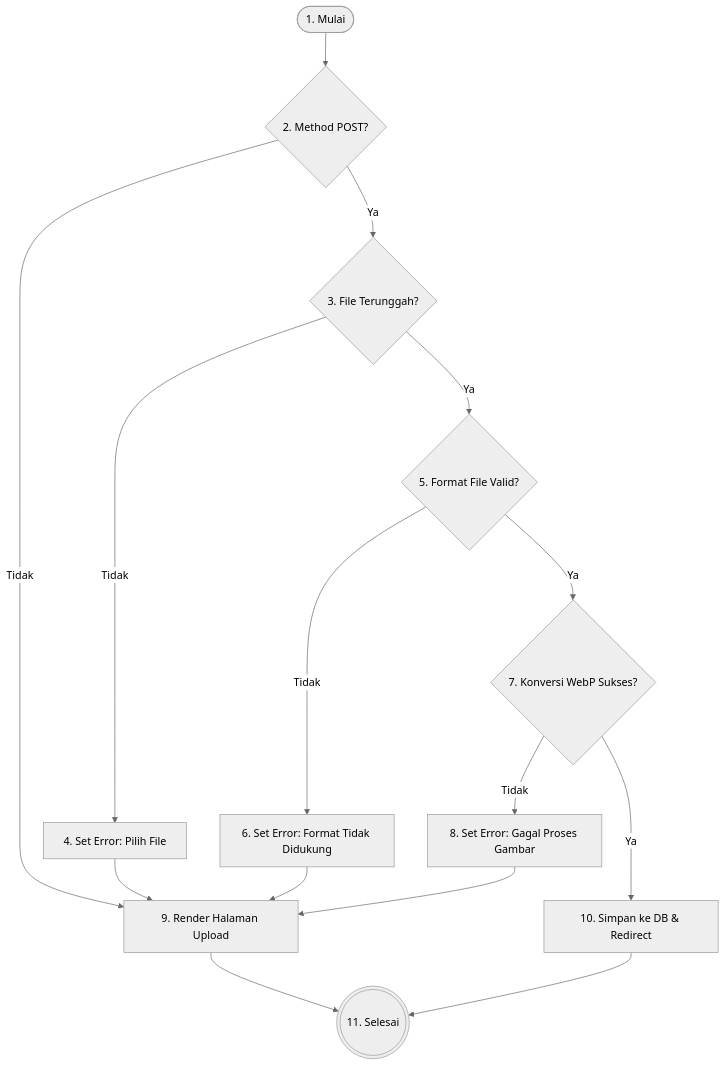
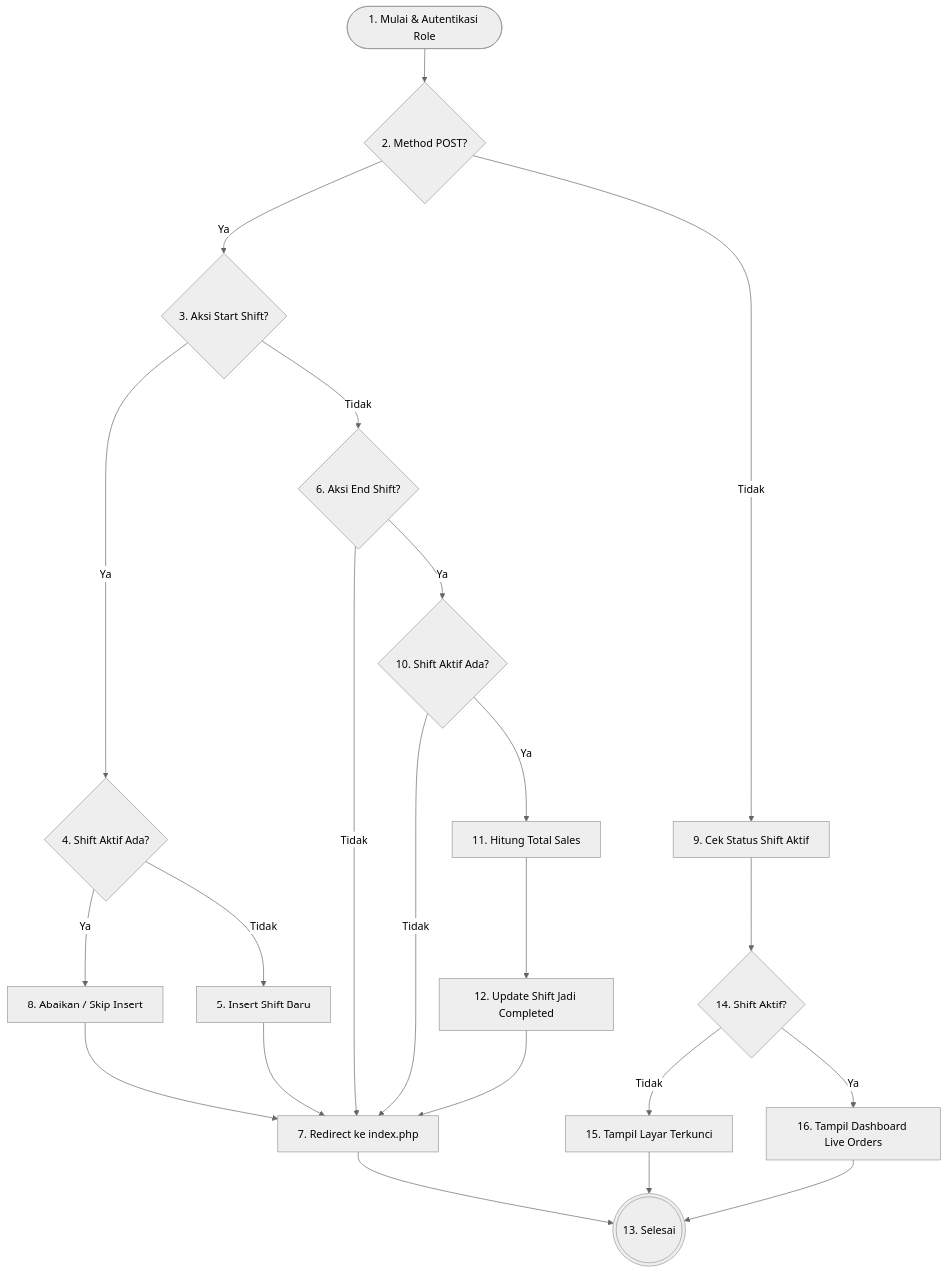
Before and after one commit to hafiizh09/-pemesanan_ak: the fifth of 6 diagrams in docs/pengujian_whitebox.md, drawn with Mermaid (neutral theme). The commit also changed other lines of this file, not shown here.

````diff
--- a/docs/pengujian_whitebox.md
+++ b/docs/pengujian_whitebox.md
@@ -230,23 +294,27 @@
 ```mermaid
 graph TD
-    Node1([1. Mulai]) --> Node2{2. Method POST?}
-    Node2 -- Tidak --> Node9[9. Render Halaman Upload]
-    Node2 -- Ya --> Node3{3. File Terunggah?}
+    Node1([1. Mulai & Autentikasi Role]) --> Node2{2. Method POST?}
+    Node2 -- Tidak --> Node9[9. Cek Status Shift Aktif]
+    Node2 -- Ya --> Node3{3. Aksi Start Shift?}
 
-    Node3 -- Tidak --> Node4[4. Set Error: Pilih File]
-    Node3 -- Ya --> Node5{5. Format File Valid?}
+    Node3 -- Ya --> Node4{4. Shift Aktif Ada?}
+    Node4 -- Ya --> Node8[8. Abaikan / Skip Insert]
+    Node4 -- Tidak --> Node5[5. Insert Shift Baru]
+    Node8 --> Node7[7. Redirect ke index.php]
+    Node5 --> Node7
 
-    Node4 --> Node9
+    Node3 -- Tidak --> Node6{6. Aksi End Shift?}
+    Node6 -- Tidak --> Node7
+    Node6 -- Ya --> Node10{10. Shift Aktif Ada?}
+    Node10 -- Tidak --> Node7
+    Node10 -- Ya --> Node11[11. Hitung Total Sales]
+    Node11 --> Node12[12. Update Shift Jadi Completed]
+    Node12 --> Node7
 
-    Node5 -- Tidak --> Node6[6. Set Error: Format Tidak Didukung]
-    Node5 -- Ya --> Node7{7. Konversi WebP Sukses?}
-
-    Node6 --> Node9
-
-    Node7 -- Tidak --> Node8[8. Set Error: Gagal Proses Gambar]
-    Node7 -- Ya --> Node10[10. Simpan ke DB & Redirect]
-
-    Node8 --> Node9
-    Node9 --> Node11(((11. Selesai)))
-    Node10 --> Node11
+    Node7 --> Node13(((13. Selesai)))
+    Node9 --> Node14{14. Shift Aktif?}
+    Node14 -- Tidak --> Node15[15. Tampil Layar Terkunci]
+    Node14 -- Ya --> Node16[16. Tampil Dashboard Live Orders]
+    Node15 --> Node13
+    Node16 --> Node13
 ```
````
